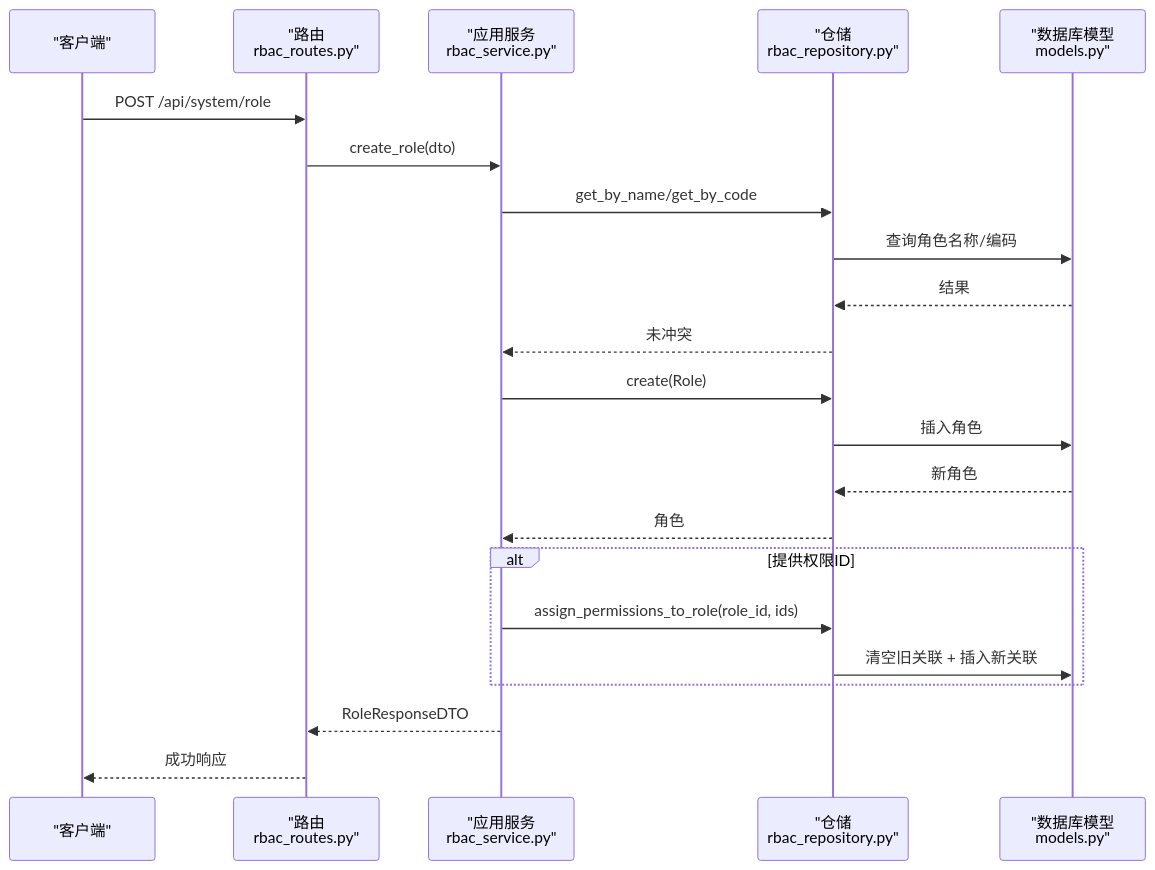
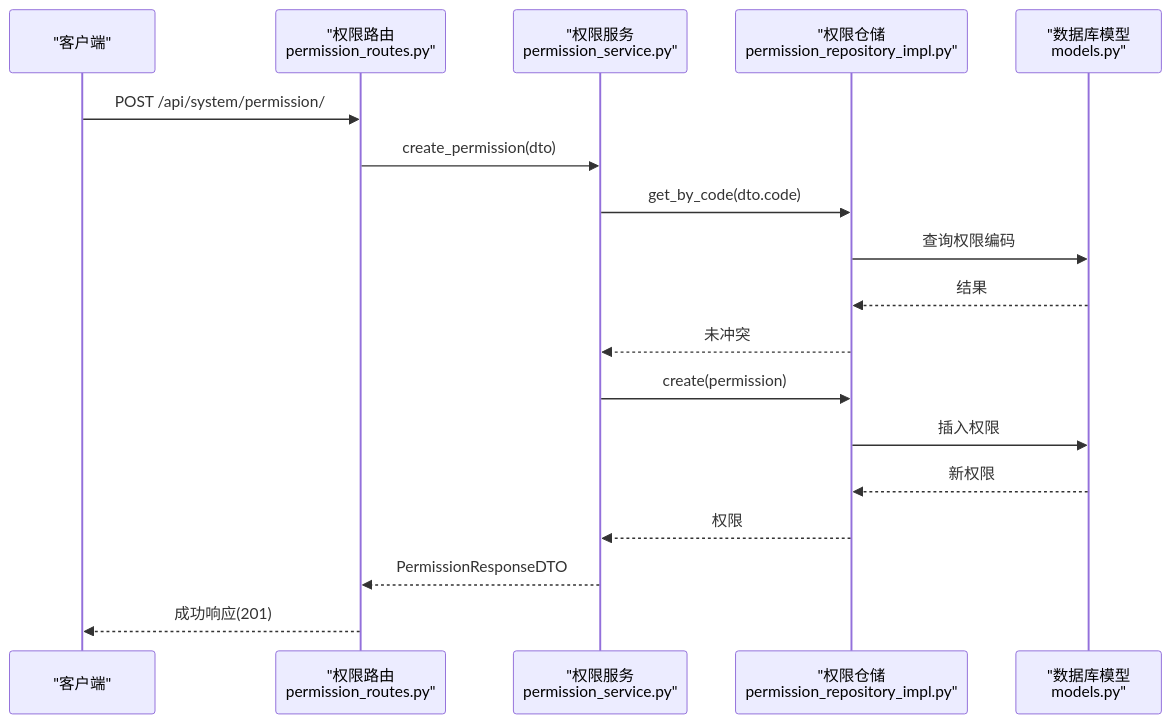
Before and after one commit to taoweidong/Hello-FastApi: the fourth of 7 diagrams in .qoder/repowiki/zh/content/项目概述/核心特性/RBAC 权限控制/权限管理.md, drawn with Mermaid. The commit also changed other lines of this file and 9 other files, not shown here.

````diff
--- a/.qoder/repowiki/zh/content/项目概述/核心特性/RBAC 权限控制/权限管理.md
+++ b/.qoder/repowiki/zh/content/项目概述/核心特性/RBAC 权限控制/权限管理.md
@@ -214,24 +236,20 @@
 ```mermaid
 sequenceDiagram
 participant C as "客户端"
-participant R as "路由<br/>rbac_routes.py"
-participant S as "应用服务<br/>rbac_service.py"
-participant Repo as "仓储<br/>rbac_repository.py"
+participant R as "权限路由<br/>permission_routes.py"
+participant S as "权限服务<br/>permission_service.py"
+participant Repo as "权限仓储<br/>permission_repository_impl.py"
 participant DB as "数据库模型<br/>models.py"
-C->>R : POST /api/system/role
-R->>S : create_role(dto)
-S->>Repo : get_by_name/get_by_code
-Repo->>DB : 查询角色名称/编码
+C->>R : POST /api/system/permission/
+R->>S : create_permission(dto)
+S->>Repo : get_by_code(dto.code)
+Repo->>DB : 查询权限编码
 DB-->>Repo : 结果
 Repo-->>S : 未冲突
-S->>Repo : create(Role)
-Repo->>DB : 插入角色
-DB-->>Repo : 新角色
-Repo-->>S : 角色
-alt 提供权限ID
-S->>Repo : assign_permissions_to_role(role_id, ids)
-Repo->>DB : 清空旧关联 + 插入新关联
-end
-S-->>R : RoleResponseDTO
-R-->>C : 成功响应
+S->>Repo : create(permission)
+Repo->>DB : 插入权限
+DB-->>Repo : 新权限
+Repo-->>S : 权限
+S-->>R : PermissionResponseDTO
+R-->>C : 成功响应(201)
 ```
````
